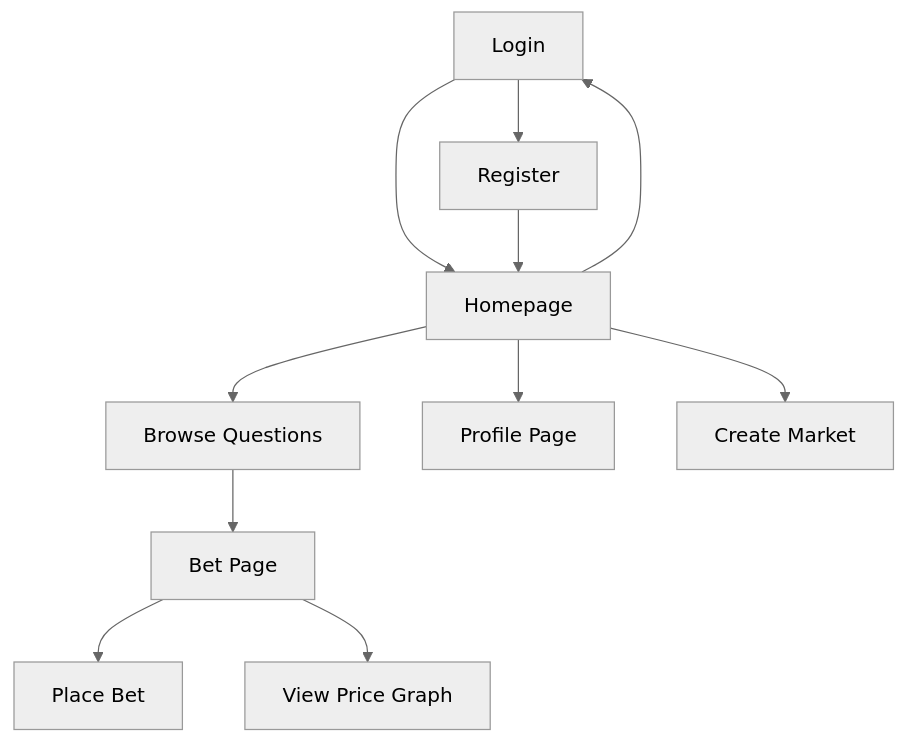
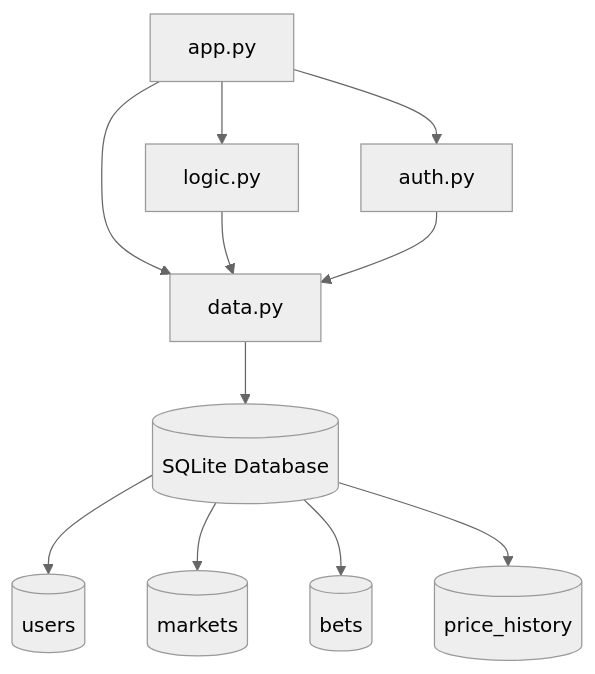
Before and after one commit to wetoyo/fibichupi: the first of 2 diagrams in design.md, drawn with Mermaid (neutral theme).

````diff
--- a/design.md
+++ b/design.md
@@ -87,19 +87,20 @@
 ```mermaid
 graph TD
 
-A[Login] --> B[Register]
-A --> C[Homepage]
+A[app.py]
 
-B --> C
-C --> A
+A --> B[auth.py]
+A --> C[logic.py]
+A --> D[data.py]
 
-C --> E[Browse Questions]
-C --> F[Profile Page]
-C --> G[Create Market]
+C --> D
+B --> D
 
-E --> H[Bet Page]
+D --> E[(SQLite Database)]
 
-H --> I[Place Bet]
-H --> J[View Price Graph]
+E --> F[(users)]
+E --> G[(markets)]
+E --> H[(bets)]
+E --> I[(price_history)]
 
 ```
````
